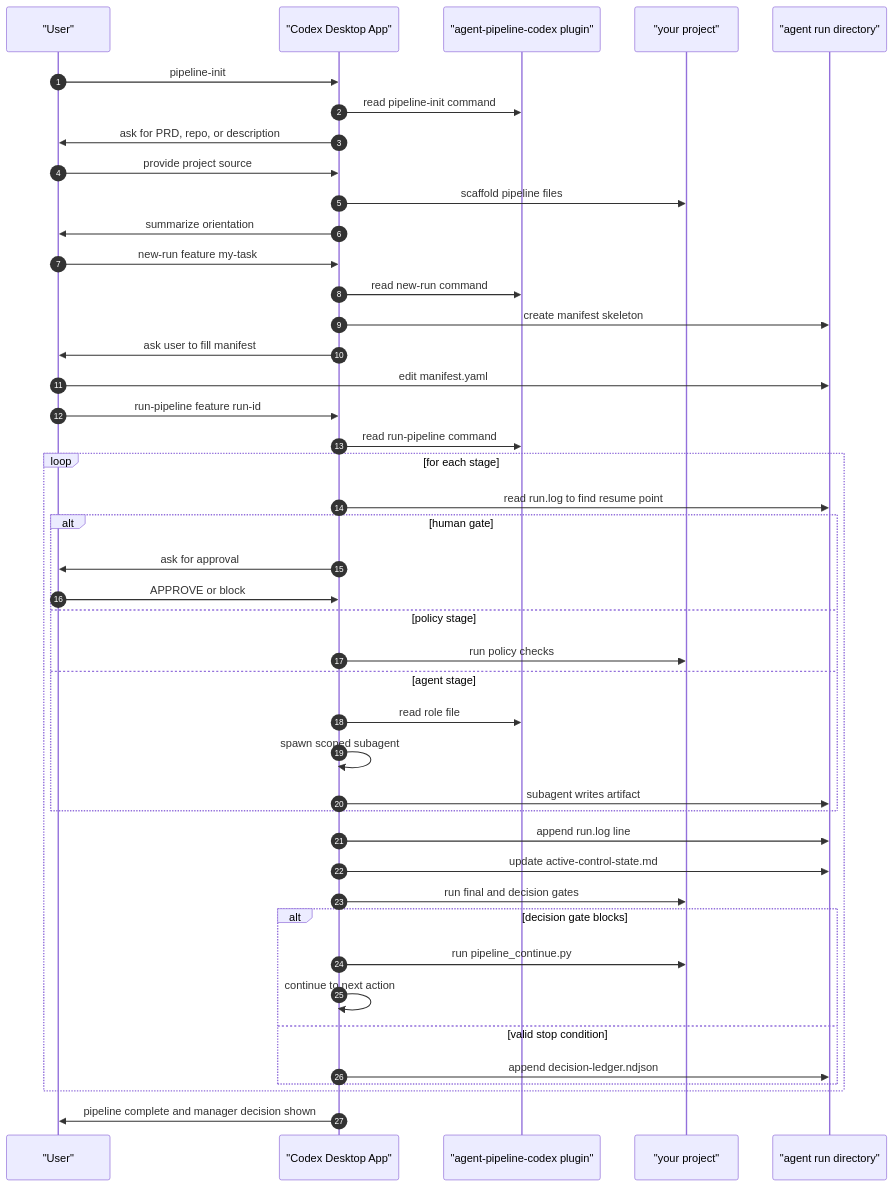
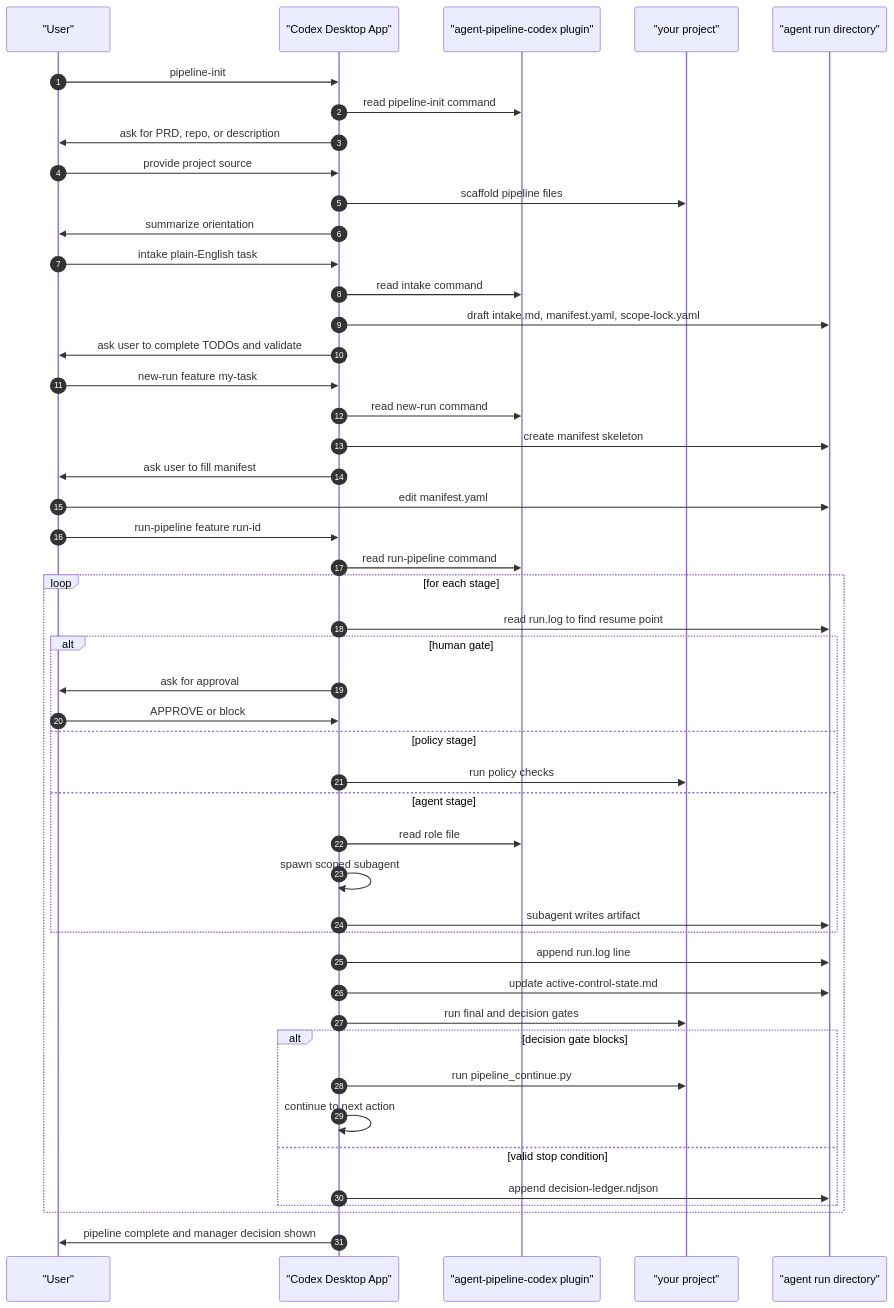
Before and after one commit to scottconverse/agent-pipeline-codex: diagram 13 of 13 in skills/agent-pipeline/references/ARCHITECTURE.md, drawn with Mermaid. The commit also changed other lines of this file and 44 other files, not shown here.

````diff
--- a/skills/agent-pipeline/references/ARCHITECTURE.md
+++ b/skills/agent-pipeline/references/ARCHITECTURE.md
@@ -798,48 +799,53 @@
 ```mermaid
 sequenceDiagram
     autonumber
     participant U as "User"
     participant CC as "Codex Desktop App"
     participant Plugin as "agent-pipeline-codex plugin"
     participant Proj as "your project"
     participant Runs as "agent run directory"
 
     U->>CC: pipeline-init
     CC->>Plugin: read pipeline-init command
     CC->>U: ask for PRD, repo, or description
     U->>CC: provide project source
     CC->>Proj: scaffold pipeline files
     CC->>U: summarize orientation
+
+    U->>CC: intake plain-English task
+    CC->>Plugin: read intake command
+    CC->>Runs: draft intake.md, manifest.yaml, scope-lock.yaml
+    CC->>U: ask user to complete TODOs and validate
 
     U->>CC: new-run feature my-task
     CC->>Plugin: read new-run command
     CC->>Runs: create manifest skeleton
     CC->>U: ask user to fill manifest
     U->>Runs: edit manifest.yaml
 
     U->>CC: run-pipeline feature run-id
     CC->>Plugin: read run-pipeline command
     loop for each stage
         CC->>Runs: read run.log to find resume point
         alt human gate
             CC->>U: ask for approval
             U->>CC: APPROVE or block
         else policy stage
             CC->>Proj: run policy checks
         else agent stage
             CC->>Plugin: read role file
             CC->>CC: spawn scoped subagent
             CC->>Runs: subagent writes artifact
         end
         CC->>Runs: append run.log line
         CC->>Runs: update active-control-state.md
         CC->>Proj: run final and decision gates
         alt decision gate blocks
             CC->>Proj: run pipeline_continue.py
             CC->>CC: continue to next action
         else valid stop condition
             CC->>Runs: append decision-ledger.ndjson
         end
     end
     CC->>U: pipeline complete and manager decision shown
 ```
````
